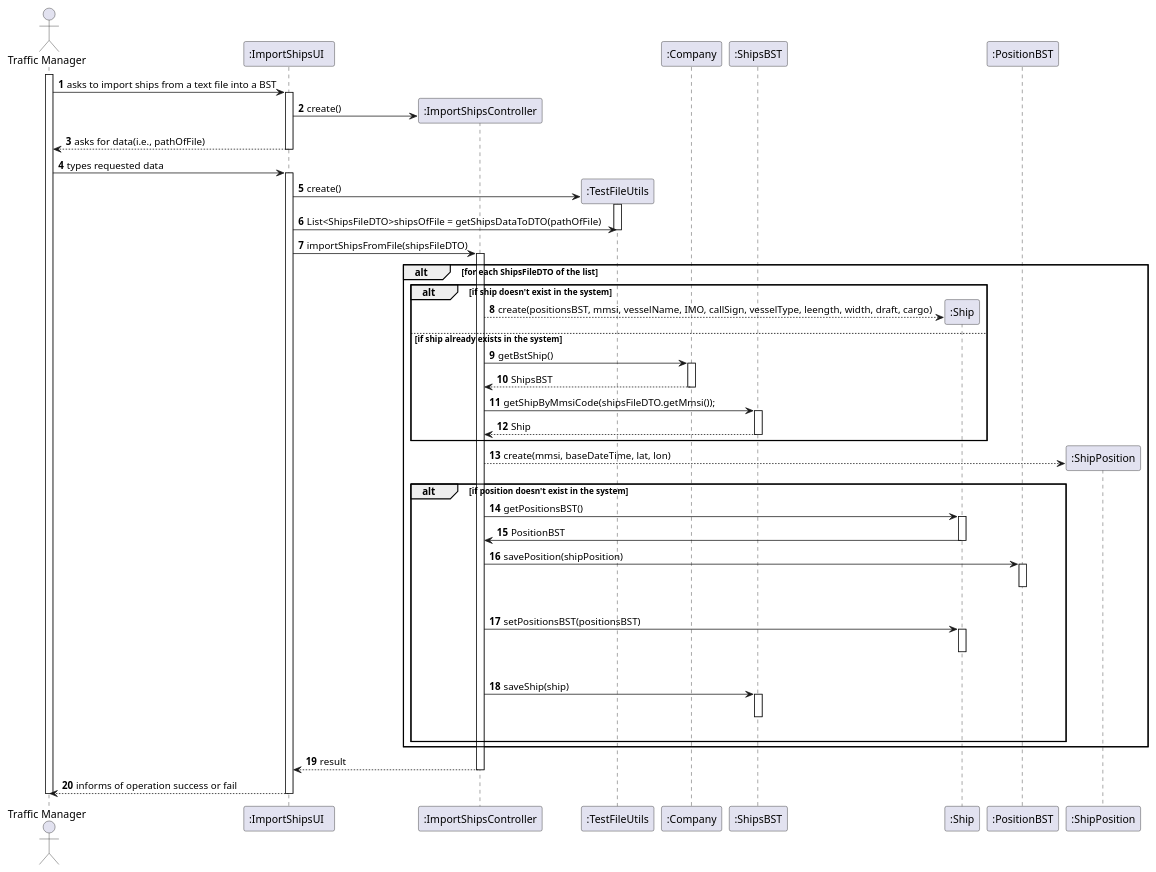
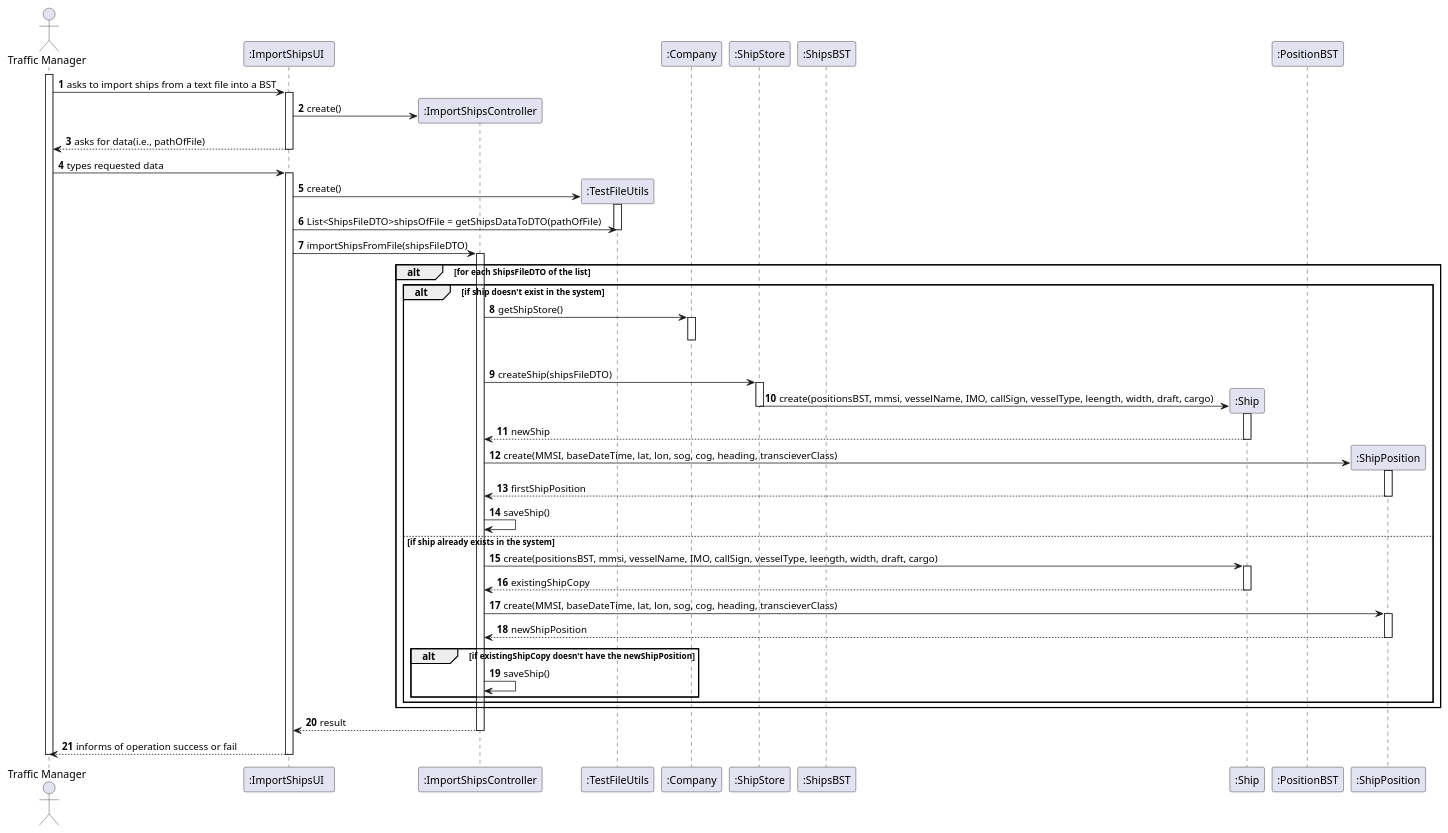
The diagram in docs/US101/US_101_SD.puml (ana-albergaria/LAPR3-ISEP), drawn with PlantUML before and after one commit. The commit also changed 3 other files, not shown here.

```diff
--- a/docs/US101/US_101_SD.puml
+++ b/docs/US101/US_101_SD.puml
@@ -1,67 +1,67 @@
 @startuml
 autonumber
 'hide footbox
 actor "Traffic Manager" as TM
 participant ":ImportShipsUI  " as UI
 participant ":ImportShipsController" as CTRL
 participant ":TestFileUtils" as TFU
 participant ":Company" as CMP
+participant ":ShipStore" as STORE
 participant ":ShipsBST" as SBST
 participant ":Ship" as SHIP
 participant ":PositionBST" as PBST
 participant ":ShipPosition" as POS
 
 activate TM
 TM -> UI : asks to import ships from a text file into a BST
 activate UI
 UI -> CTRL** : create()
 UI --> TM : asks for data(i.e., pathOfFile)
 deactivate UI
 TM -> UI : types requested data
 activate UI
 UI -> TFU** : create()
 activate TFU
 UI -> TFU : List<ShipsFileDTO>shipsOfFile = getShipsDataToDTO(pathOfFile)
 deactivate TFU
 UI -> CTRL : importShipsFromFile(shipsFileDTO)
 activate CTRL
 alt for each ShipsFileDTO of the list
 alt if ship doesn't exist in the system
-CTRL --> SHIP** : create(positionsBST, mmsi, vesselName, IMO, callSign, vesselType, leength, width, draft, cargo)
+CTRL -> CMP : getShipStore()
+activate CMP
+|||
+deactivate CMP
+CTRL -> STORE : createShip(shipsFileDTO)
+activate STORE
+STORE -> SHIP** : create(positionsBST, mmsi, vesselName, IMO, callSign, vesselType, leength, width, draft, cargo)
+activate SHIP
+deactivate STORE
+SHIP --> CTRL : newShip
+deactivate SHIP
+CTRL -> POS** : create(MMSI, baseDateTime, lat, lon, sog, cog, heading, transcieverClass)
+activate POS
+POS --> CTRL : firstShipPosition
+deactivate POS
+CTRL -> CTRL : saveShip()
 else if ship already exists in the system
-CTRL -> CMP : getBstShip()
-activate CMP
-CMP --> CTRL : ShipsBST
-deactivate CMP
-CTRL -> SBST : getShipByMmsiCode(shipsFileDTO.getMmsi());
-activate SBST
-SBST --> CTRL : Ship
-deactivate SBST
+CTRL -> SHIP : create(positionsBST, mmsi, vesselName, IMO, callSign, vesselType, leength, width, draft, cargo)
+activate SHIP
+SHIP --> CTRL : existingShipCopy
+deactivate SHIP
+CTRL -> POS : create(MMSI, baseDateTime, lat, lon, sog, cog, heading, transcieverClass)
+activate POS
+POS --> CTRL : newShipPosition
+deactivate POS
+alt if existingShipCopy doesn't have the newShipPosition
+CTRL -> CTRL : saveShip()
 end
-CTRL --> POS** : create(mmsi, baseDateTime, lat, lon)
-alt if position doesn't exist in the system
-CTRL -> SHIP : getPositionsBST()
-activate SHIP
-SHIP -> CTRL : PositionBST
-deactivate SHIP
-CTRL -> PBST : savePosition(shipPosition)
-activate PBST
-|||
-deactivate PBST
-CTRL -> SHIP : setPositionsBST(positionsBST)
-activate SHIP
-|||
-deactivate SHIP
-CTRL -> SBST : saveShip(ship)
-activate SBST
-|||
-deactivate SBST
 end
 end
 CTRL --> UI : result
 deactivate CTRL
 UI --> TM : informs of operation success or fail
 deactivate UI
 deactivate TM
 
 @enduml
```
